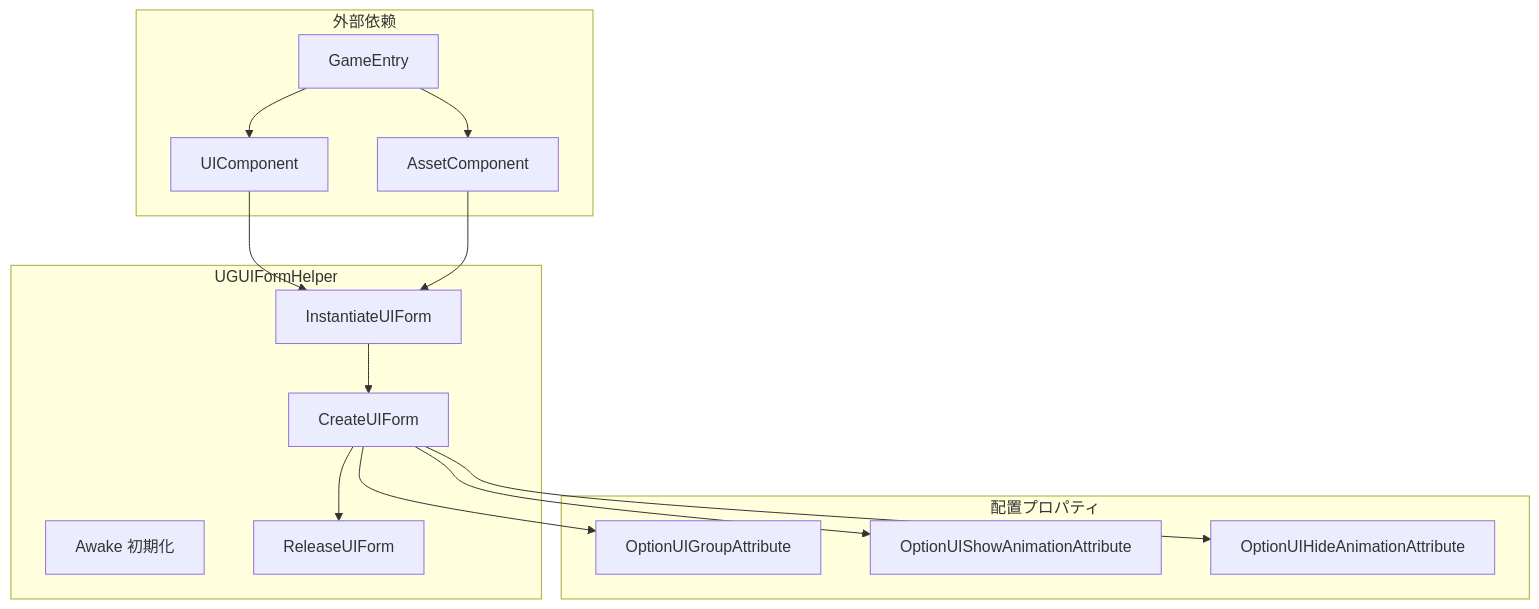
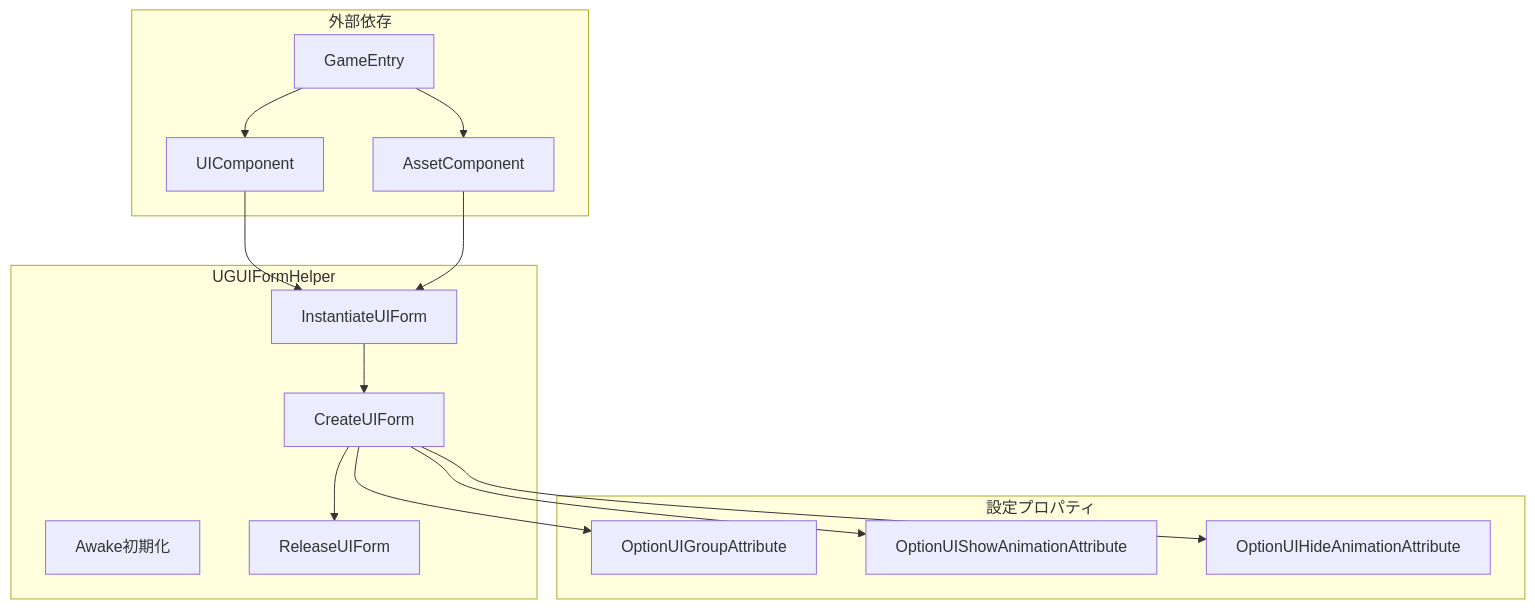
Before and after one commit to AlianBlank/GameFrameX.Docs: the first of 2 diagrams in docs/ja/client/unity/component/ui-ugui/08.form-helper.md, drawn with Mermaid. The commit also changed other lines of this file and 320 other files, not shown here.

````diff
--- a/docs/ja/client/unity/component/ui-ugui/08.form-helper.md
+++ b/docs/ja/client/unity/component/ui-ugui/08.form-helper.md
@@ -19,31 +19,31 @@
 ```mermaid
 flowchart TD
-    subgraph External["外部依赖"]
+    subgraph External["外部依存"]
         UIComponent["UIComponent"]
         AssetComponent["AssetComponent"]
         GameEntry["GameEntry"]
     end
 
     subgraph Core["UGUIFormHelper"]
-        Awake["Awake 初期化"]
+        Awake["Awake初期化"]
         Instantiate["InstantiateUIForm"]
         Create["CreateUIForm"]
         Release["ReleaseUIForm"]
     end
 
-    subgraph Configuration["配置プロパティ"]
+    subgraph Configuration["設定プロパティ"]
         Attr1["OptionUIGroupAttribute"]
         Attr2["OptionUIShowAnimationAttribute"]
         Attr3["OptionUIHideAnimationAttribute"]
     end
 
     GameEntry --> UIComponent
     GameEntry --> AssetComponent
     UIComponent --> Instantiate
     AssetComponent --> Instantiate
     Instantiate --> Create
     Create --> Attr1
     Create --> Attr2
     Create --> Attr3
     Create --> Release
 ```
````
